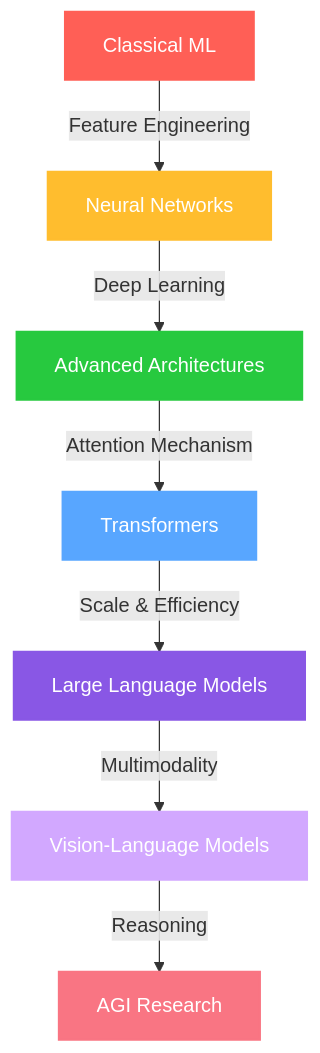
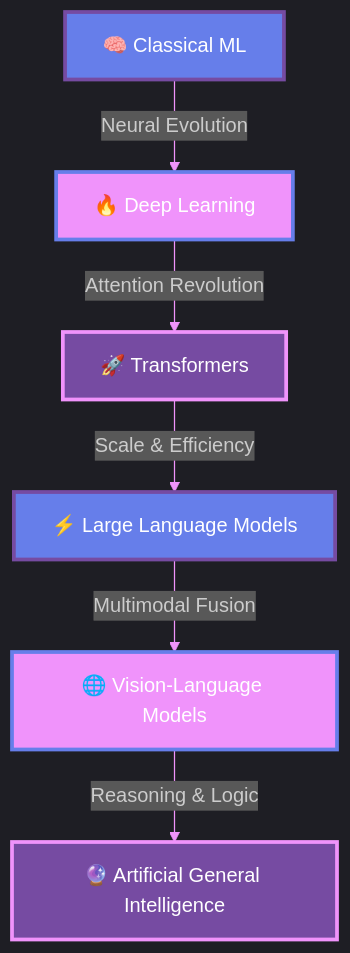
One commit to mandrita16/mandrita16 changed the diagram in README.md. Above: the diagram before and after it, drawn with Mermaid. The commit also changed other lines of this file, not shown here.

````diff
--- a/README.md
+++ b/README.md
@@ -98,17 +105,16 @@
 ```mermaid
-graph TD
-    A[Classical ML] -->|Feature Engineering| B[Neural Networks]
-    B -->|Deep Learning| C[Advanced Architectures]
-    C -->|Attention Mechanism| D[Transformers]
-    D -->|Scale & Efficiency| E[Large Language Models]
-    E -->|Multimodality| F[Vision-Language Models]
-    F -->|Reasoning| G[AGI Research]
+%%{init: {'theme':'dark', 'themeVariables': { 'primaryColor': '#667eea', 'primaryTextColor': '#fff', 'primaryBorderColor': '#764ba2', 'lineColor': '#f093fb', 'secondaryColor': '#667eea', 'tertiaryColor': '#764ba2'}}}%%
+flowchart TD
+    A[🧠 Classical ML] -->|Neural Evolution| B[🔥 Deep Learning]
+    B -->|Attention Revolution| C[🚀 Transformers]
+    C -->|Scale & Efficiency| D[⚡ Large Language Models]
+    D -->|Multimodal Fusion| E[🌐 Vision-Language Models]
+    E -->|Reasoning & Logic| F[🔮 Artificial General Intelligence]
     
-    style A fill:#ff5f56,stroke:#ff5f56,color:white,stroke-width:2px
-    style B fill:#ffbd2e,stroke:#ffbd2e,color:white,stroke-width:2px
-    style C fill:#27c93f,stroke:#27c93f,color:white,stroke-width:2px
-    style D fill:#58a6ff,stroke:#58a6ff,color:white,stroke-width:2px
-    style E fill:#8957e5,stroke:#8957e5,color:white,stroke-width:2px
-    style F fill:#d2a8ff,stroke:#d2a8ff,color:white,stroke-width:2px
-    style G fill:#f97583,stroke:#f97583,color:white,stroke-width:2px
+    style A fill:#667eea,stroke:#764ba2,stroke-width:3px,color:#fff
+    style B fill:#f093fb,stroke:#667eea,stroke-width:3px,color:#fff
+    style C fill:#764ba2,stroke:#f093fb,stroke-width:3px,color:#fff
+    style D fill:#667eea,stroke:#764ba2,stroke-width:3px,color:#fff
+    style E fill:#f093fb,stroke:#667eea,stroke-width:3px,color:#fff
+    style F fill:#764ba2,stroke:#f093fb,stroke-width:3px,color:#fff
 ```
````
